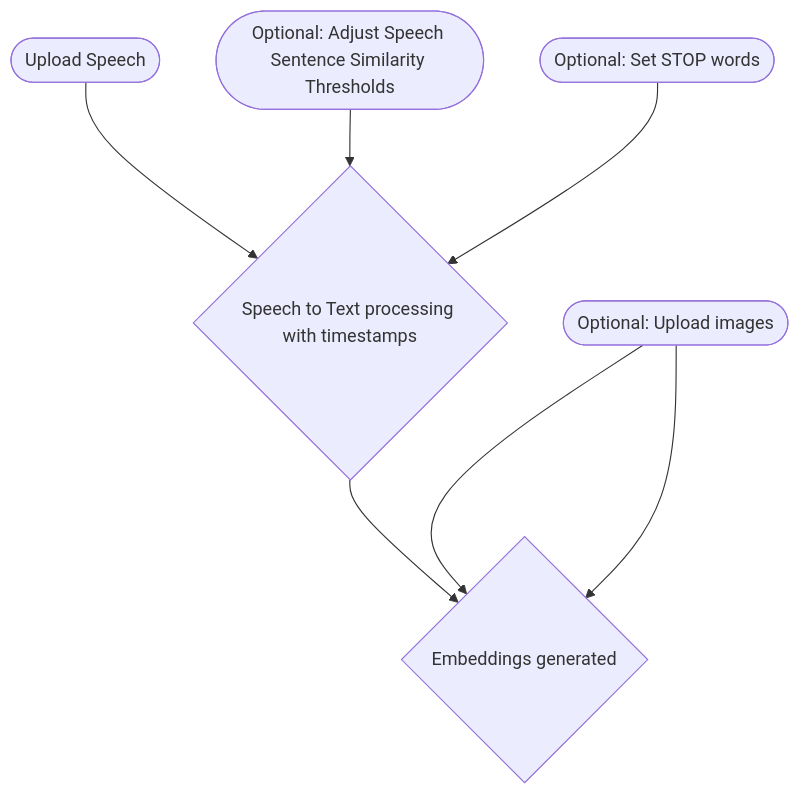
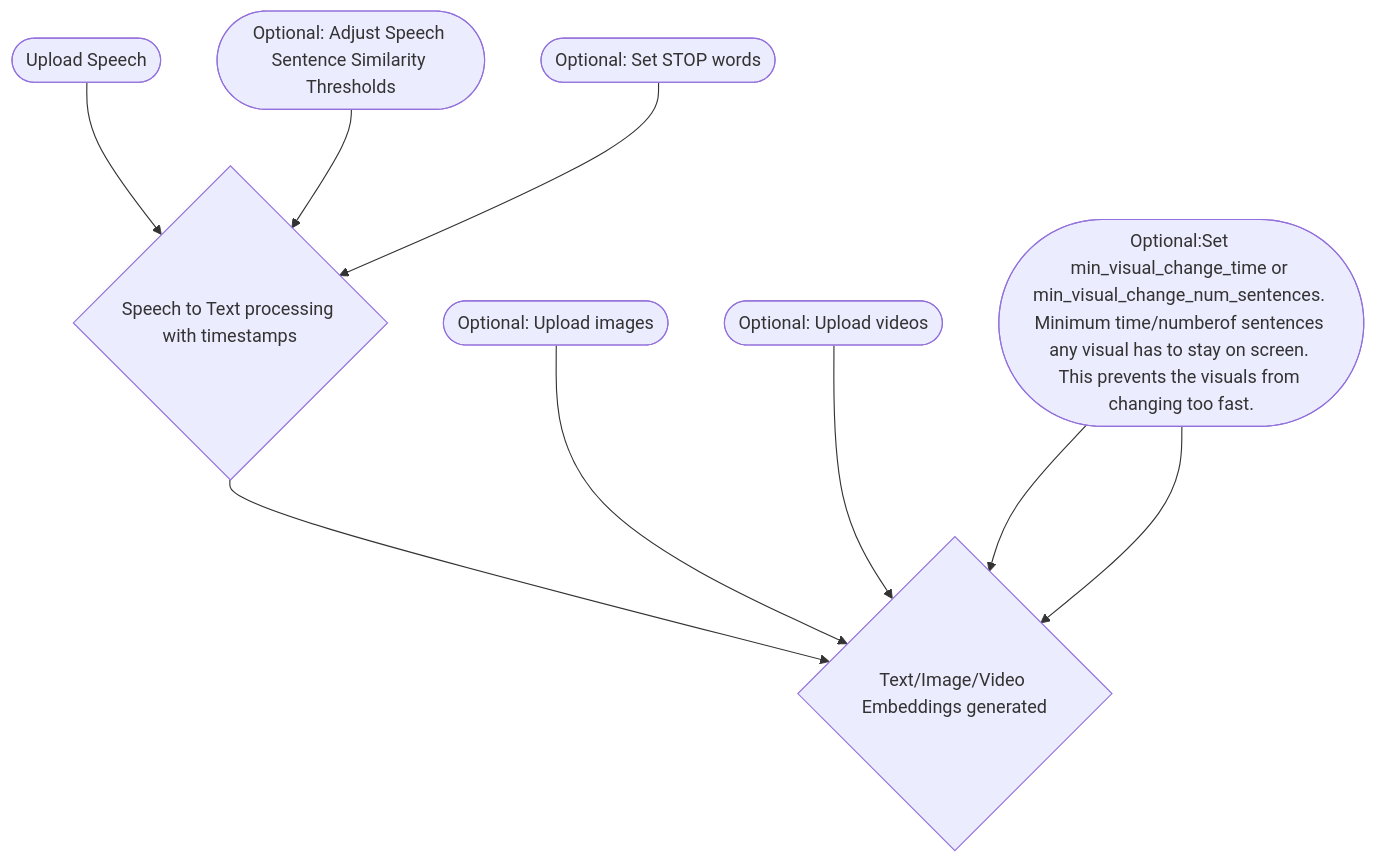
The diagram in README.md (GeorgeDavila/yappy-video-editor), drawn with Mermaid before and after one commit. The commit also changed other lines of this file, not shown here.

````diff
--- a/README.md
+++ b/README.md
@@ -8,10 +9,11 @@
 ```mermaid
 graph TD;
     A1(["Upload Speech"])-->B1{"Speech to Text processing with timestamps"};
     A1OPT1(["Optional: Adjust Speech Sentence Similarity Thresholds"])-->B1;
     A1OPT2(["Optional: Set STOP words"])-->B1;
-    B1-->B2{"Embeddings generated"}
-    A2(["Optional: Upload images"])-->B2
-    A2(["Optional: Upload images"])-->B2
-    
+    B1-->B2{"Text/Image/Video Embeddings generated"};
+    A2(["Optional: Upload images"])-->B2;
+    A3(["Optional: Upload videos"])-->B2;
+    A4(["Optional:Set generate_images==True"])-->B2;
+    A4(["Optional:Set min_visual_change_time or min_visual_change_num_sentences. Minimum time/numberof sentences any visual has to stay on screen. This prevents the visuals from changing too fast. "])-->B2;
 ```
````
